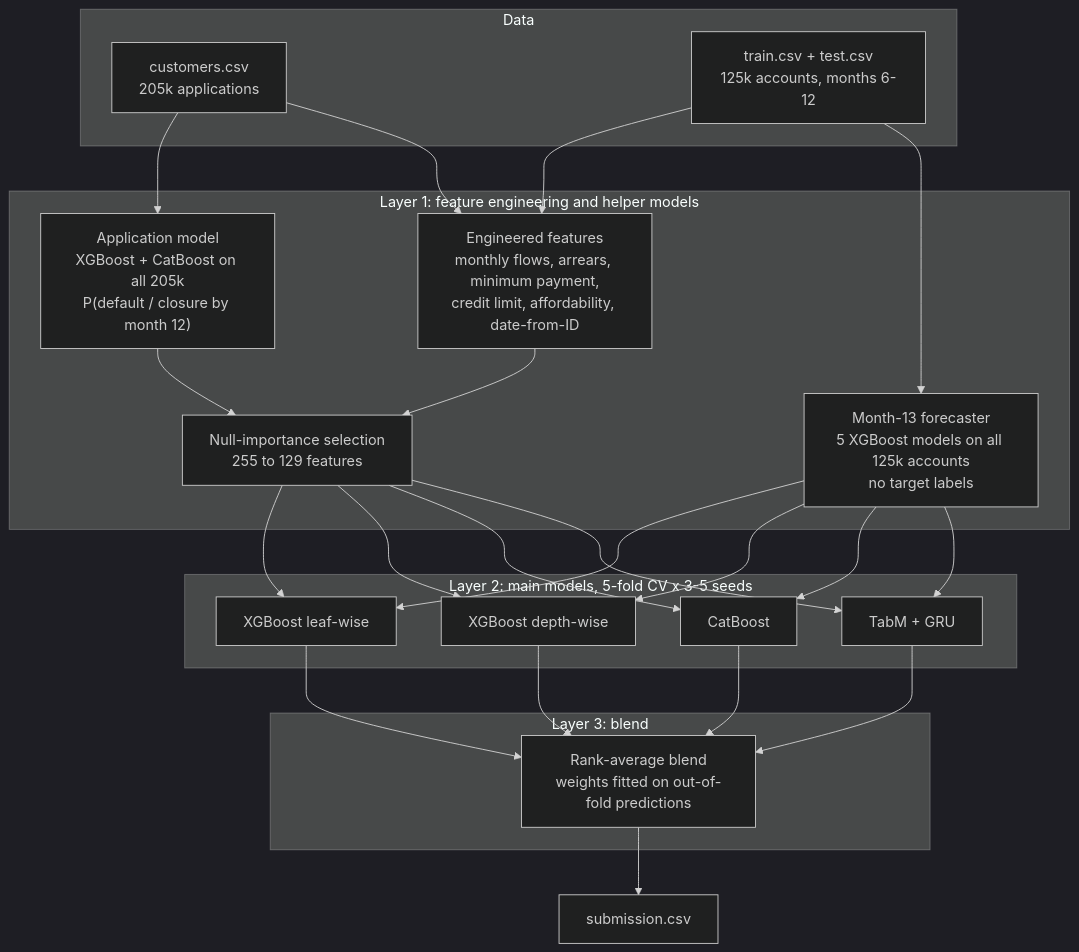
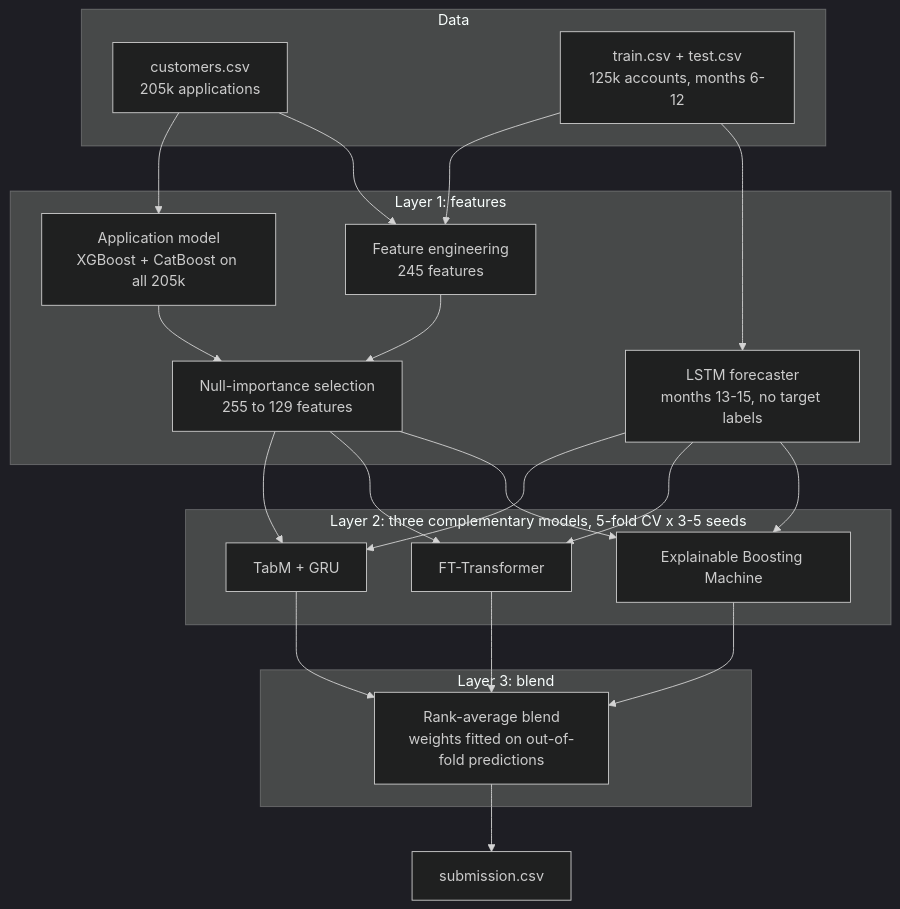
Before and after one commit to abhaypsxd/kdf: the third of 3 diagrams in ayush/README.md, drawn with Mermaid (dark theme). The commit also changed other lines of this file and 12 other files, not shown here.

````diff
--- a/ayush/README.md
+++ b/ayush/README.md
@@ -260,36 +421,35 @@
 ```mermaid
 flowchart TB
     subgraph DATA["Data"]
         C["customers.csv<br/>205k applications"]
         T["train.csv + test.csv<br/>125k accounts, months 6-12"]
     end
 
-    subgraph L1["Layer 1: feature engineering and helper models"]
-        FE["Engineered features<br/>monthly flows, arrears, minimum payment,<br/>credit limit, affordability, date-from-ID"]
-        APP["Application model<br/>XGBoost + CatBoost on all 205k<br/>P(default / closure by month 12)"]
-        FC["Month-13 forecaster<br/>5 XGBoost models on all 125k accounts<br/>no target labels"]
+    subgraph L1["Layer 1: features"]
+        APP["Application model<br/>XGBoost + CatBoost on all 205k"]
+        FE["Feature engineering<br/>245 features"]
         SEL["Null-importance selection<br/>255 to 129 features"]
+        FC["LSTM forecaster<br/>months 13-15, no target labels"]
     end
 
-    subgraph L2["Layer 2: main models, 5-fold CV x 3-5 seeds"]
-        M1["XGBoost leaf-wise"]
-        M2["XGBoost depth-wise"]
-        M3["CatBoost"]
-        M4["TabM + GRU"]
+    subgraph L2["Layer 2: three complementary models, 5-fold CV x 3-5 seeds"]
+        M1["TabM + GRU"]
+        M2["FT-Transformer"]
+        M3["Explainable Boosting Machine"]
     end
 
     subgraph L3["Layer 3: blend"]
         B["Rank-average blend<br/>weights fitted on out-of-fold predictions"]
     end
 
     C --> APP
     C --> FE
     T --> FE
     T --> FC
     FE --> SEL
     APP --> SEL
-    SEL --> M1 & M2 & M3 & M4
-    FC --> M1 & M2 & M3 & M4
-    M1 & M2 & M3 & M4 --> B
+    SEL --> M1 & M2 & M3
+    FC --> M1 & M2 & M3
+    M1 & M2 & M3 --> B
     B --> S["submission.csv"]
 ```
````
